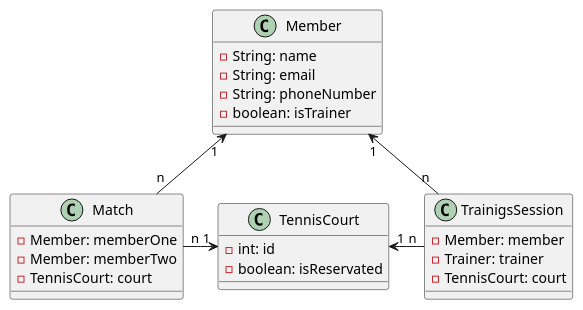
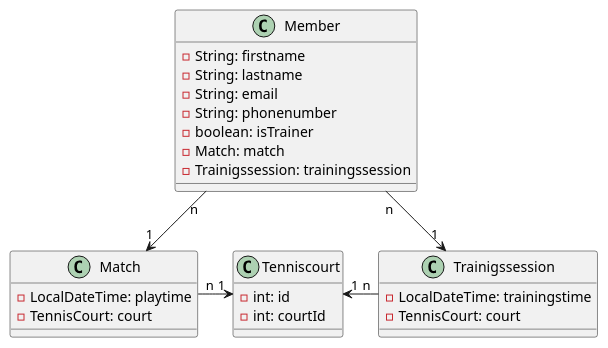
The diagram in asciidocs/index.adoc (2122-4ahif-nvs/01-microproject-KoenigJulia), drawn with PlantUML before and after one commit. The commit also changed other lines of this file and 22 other files, not shown here.

Commit message:
Add GraphQL

```diff
--- a/asciidocs/index.adoc
+++ b/asciidocs/index.adoc
@@ -16,34 +16,35 @@
 [plantuml]
 ----
 @startuml
 
 class Member{
-    - String: name
+    - String: firstname
+    - String: lastname
     - String: email
-    - String: phoneNumber
+    - String: phonenumber
     - boolean: isTrainer
+    - Match: match
+    - Trainigssession: trainingssession
 }
 
 class Match{
-    - Member: memberOne
-    - Member: memberTwo
+    - LocalDateTime: playtime
     - TennisCourt: court
 }
 
-class TrainigsSession{
-    - Member: member
-    - Trainer: trainer
+class Trainigssession{
+    - LocalDateTime: trainingstime
     - TennisCourt: court
 }
 
-class TennisCourt{
+class Tenniscourt{
     - int: id
-    - boolean: isReservated
+    - int: courtId
 }
 
-Member "1" <-- "n" TrainigsSession
-TrainigsSession "n" -l-> "1" TennisCourt
-Member "1" <-- "n" Match
-Match "n" -r-> "1" TennisCourt
+Member "n" --> "1" Trainigssession
+Trainigssession "n" -l-> "1" Tenniscourt
+Member "n" --> "1" Match
+Match "n" -r-> "1" Tenniscourt
 @enduml
 ----
```
